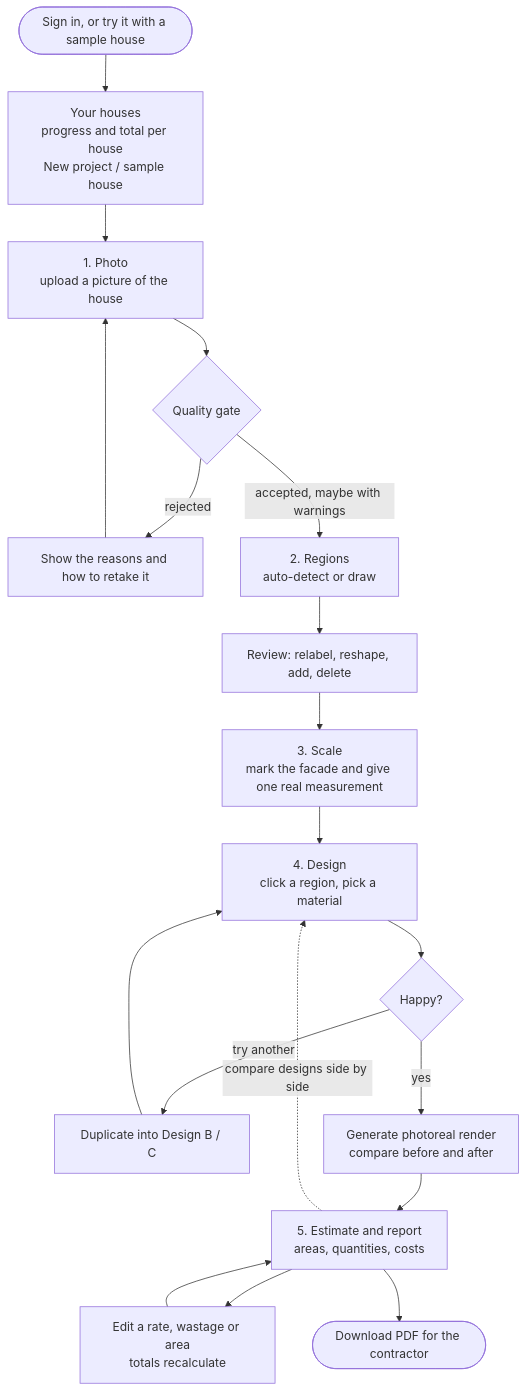
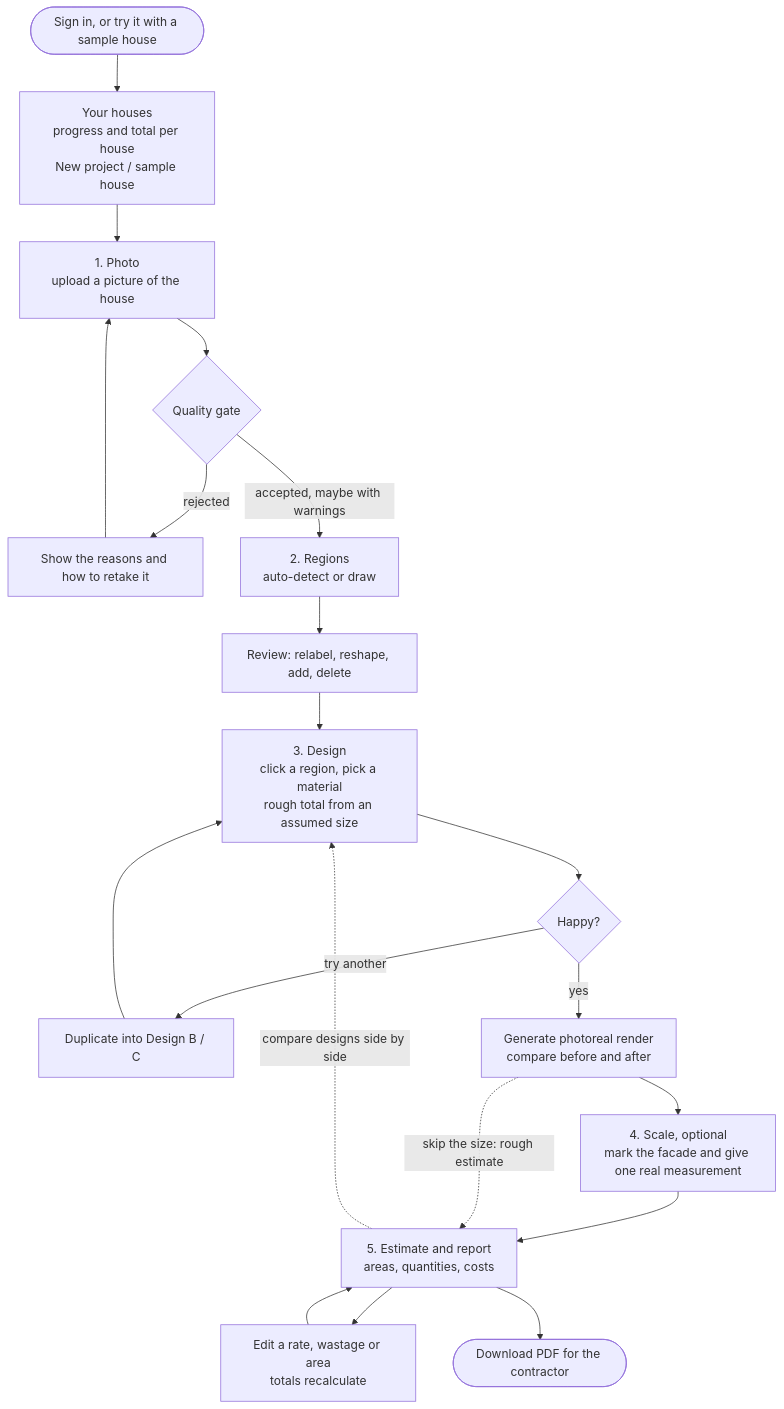
Before and after one commit to DharmikGohil/exterio: the diagram in docs/WORKFLOW.md, drawn with Mermaid. The commit also changed other lines of this file and 21 other files, not shown here.

First line of the commit message:
Move Scale after Design and make it optional

````diff
--- a/docs/WORKFLOW.md
+++ b/docs/WORKFLOW.md
@@ -6,17 +6,18 @@
 ```mermaid
 flowchart TD
   S([Sign in, or try it with a sample house]) --> L[Your houses<br/>progress and total per house<br/>New project / sample house]
   L --> A[1. Photo<br/>upload a picture of the house]
   A --> Q{Quality gate}
   Q -- rejected --> G[Show the reasons and how to retake it] --> A
   Q -- accepted, maybe with warnings --> B[2. Regions<br/>auto-detect or draw]
-  B --> B2[Review: relabel, reshape, add, delete] --> C
-  C[3. Scale<br/>mark the facade and give one real measurement] --> D
-  D[4. Design<br/>click a region, pick a material] --> D2{Happy?}
+  B --> B2[Review: relabel, reshape, add, delete] --> D
+  D[3. Design<br/>click a region, pick a material<br/>rough total from an assumed size] --> D2{Happy?}
   D2 -- try another --> D3[Duplicate into Design B / C] --> D
   D2 -- yes --> R[Generate photoreal render<br/>compare before and after]
-  R --> E[5. Estimate and report<br/>areas, quantities, costs]
+  R --> C[4. Scale, optional<br/>mark the facade and give one real measurement]
+  C --> E[5. Estimate and report<br/>areas, quantities, costs]
+  R -. skip the size: rough estimate .-> E
   E --> E2[Edit a rate, wastage or area<br/>totals recalculate] --> E
   E --> F([Download PDF for the contractor])
   E -. compare designs side by side .-> D
 ```
````
